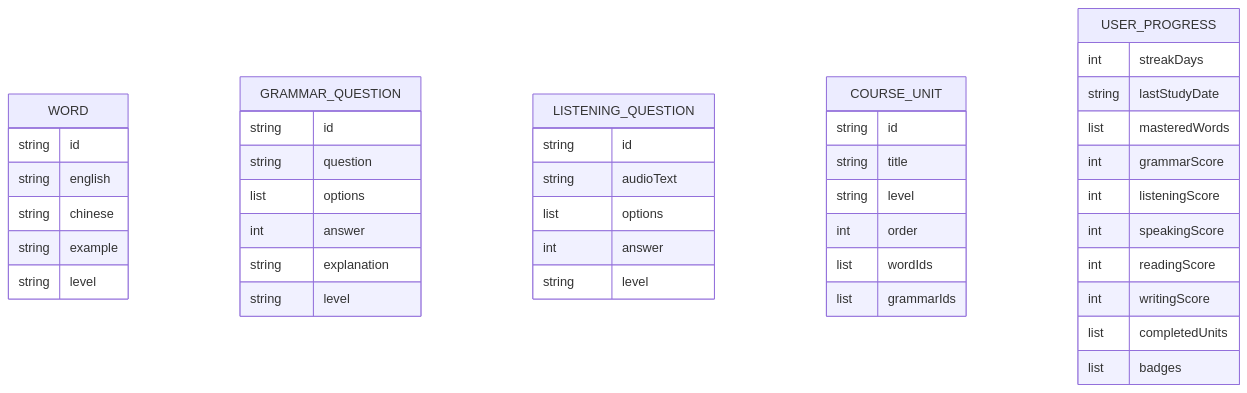
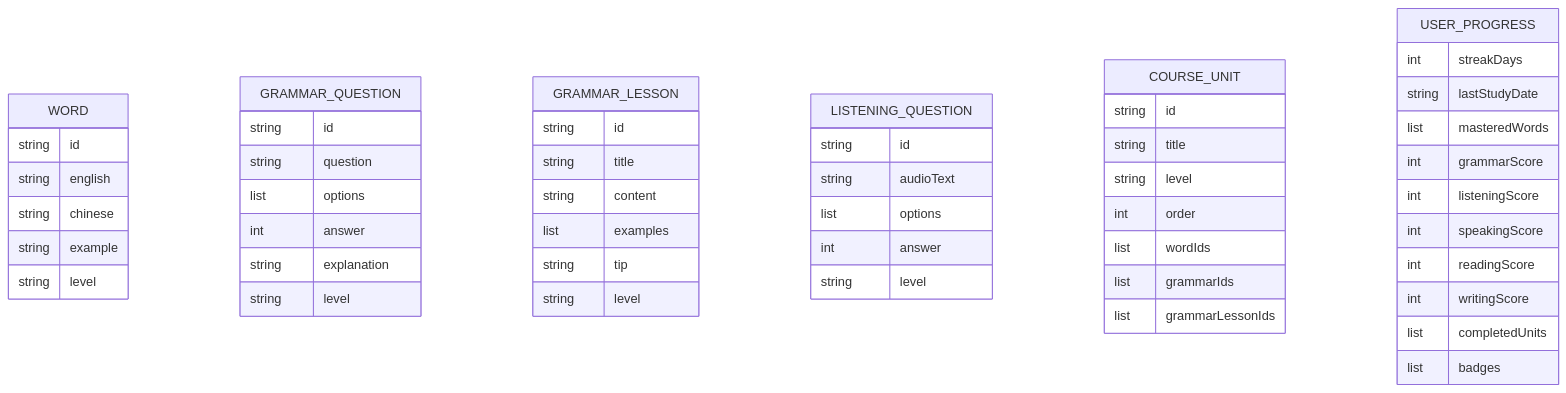
Before and after one commit to kakaluote0098/ket: the second of 2 diagrams in .trae/documents/Technical-Architecture.md, drawn with Mermaid. The commit also changed other lines of this file and 8 other files, not shown here.

````diff
--- a/.trae/documents/Technical-Architecture.md
+++ b/.trae/documents/Technical-Architecture.md
@@ -94,45 +103,54 @@
 ```mermaid
 erDiagram
     WORD {
         string id
         string english
         string chinese
         string example
         string level
     }
     GRAMMAR_QUESTION {
         string id
         string question
         list options
         int answer
         string explanation
         string level
     }
+    GRAMMAR_LESSON {
+        string id
+        string title
+        string content
+        list examples
+        string tip
+        string level
+    }
     LISTENING_QUESTION {
         string id
         string audioText
         list options
         int answer
         string level
     }
     COURSE_UNIT {
         string id
         string title
         string level
         int order
         list wordIds
         list grammarIds
+        list grammarLessonIds
     }
     USER_PROGRESS {
         int streakDays
         string lastStudyDate
         list masteredWords
         int grammarScore
         int listeningScore
         int speakingScore
         int readingScore
         int writingScore
         list completedUnits
         list badges
     }
 ```
````
